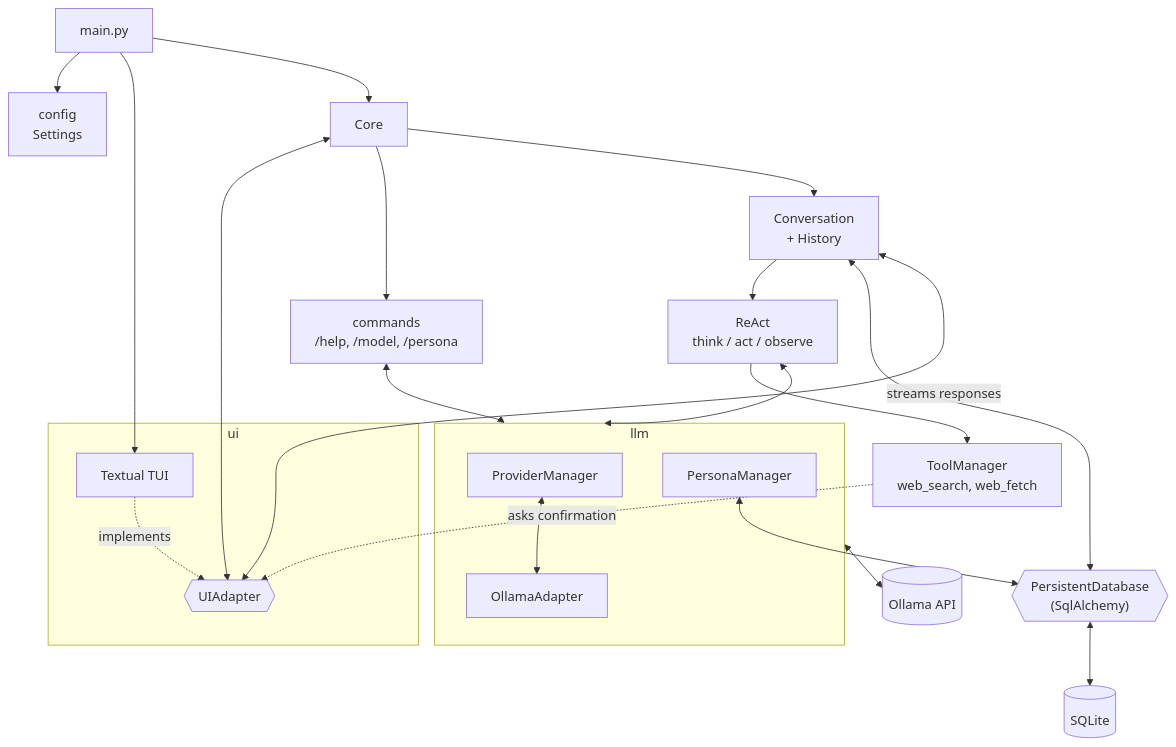
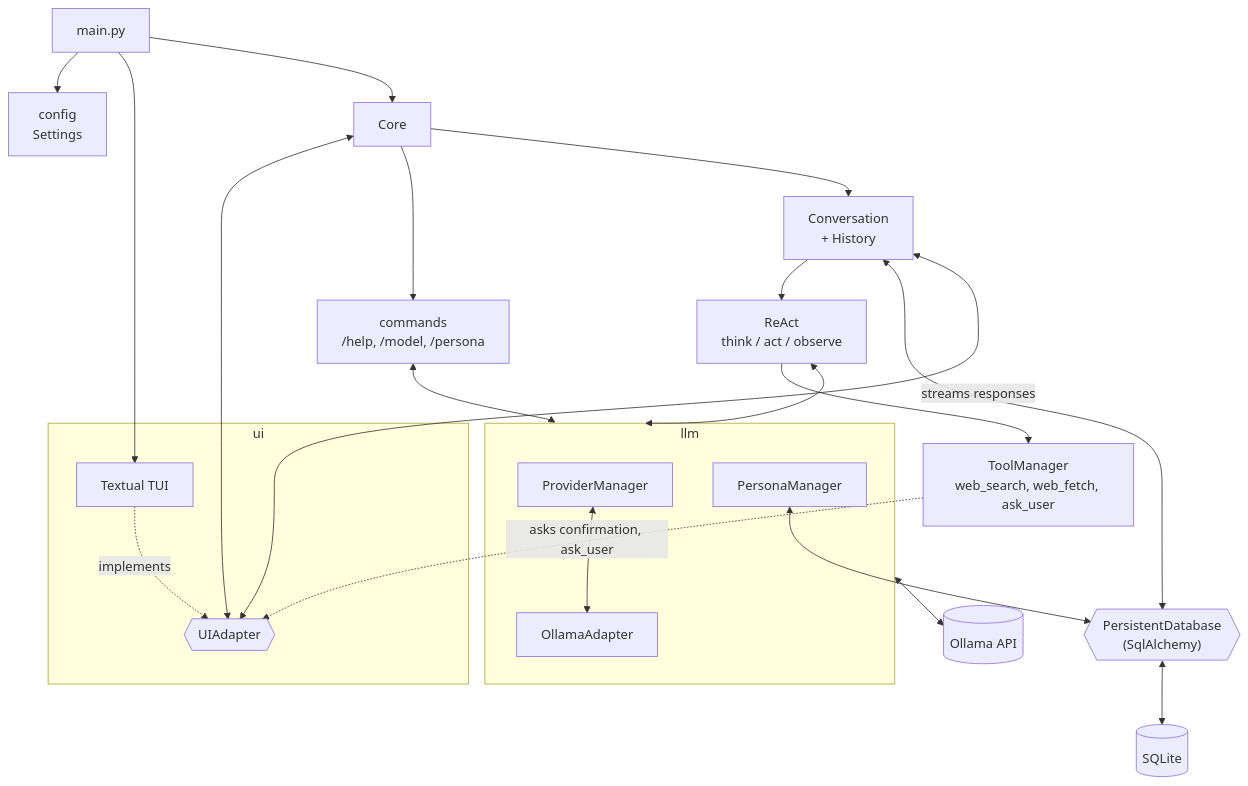
Before and after one commit to EstebanPeroz/Sensai: the diagram in docs/architecture/current_architecture.md, drawn with Mermaid. The commit also changed other lines of this file and 1 other file, not shown here.

Commit message:
docs(architecture): document the ask_user tool

````diff
--- a/docs/architecture/current_architecture.md
+++ b/docs/architecture/current_architecture.md
@@ -3,51 +3,51 @@
 ```mermaid
 flowchart TB
     MAIN["main.py"]
     CONFIG["config<br/>Settings"]
     CORE["Core"]
 
     subgraph UI["ui"]
         UIA{{"UIAdapter"}}
         TUI["Textual TUI"]
     end
 
     CMDS["commands<br/>/help, /model, /persona"]
     CONV["Conversation<br/>+ History"]
     REACT["ReAct<br/>think / act / observe"]
-    TOOLS["ToolManager<br/>web_search, web_fetch"]
+    TOOLS["ToolManager<br/>web_search, web_fetch, ask_user"]
 
     subgraph LLM["llm"]
         PM["ProviderManager"]
         OLLAMA["OllamaAdapter"]
         PERSONA["PersonaManager"]
     end
 
     DB{{"PersistentDatabase<br/>(SqlAlchemy)"}}
 
     OLLAMAAPI[("Ollama API")]
     SQLITE[("SQLite")]
 
     MAIN --> CONFIG
     MAIN --> TUI
     MAIN --> CORE
 
     CORE <--> UIA
     CORE --> CMDS
     CORE --> CONV
 
     TUI -.->|implements| UIA
 
     CMDS <--> LLM
 
     CONV --> REACT
     REACT <--> LLM
     REACT --> TOOLS
-    TOOLS -.->|asks confirmation| UIA
+    TOOLS -.->|asks confirmation, ask_user| UIA
     CONV <--> DB
     CONV <-->|streams responses| UIA
 
     PM <--> OLLAMA
     LLM <--> OLLAMAAPI
     PERSONA <--> DB
     DB <--> SQLITE
 ```
````
